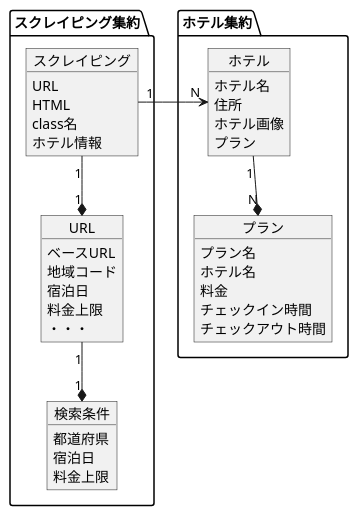
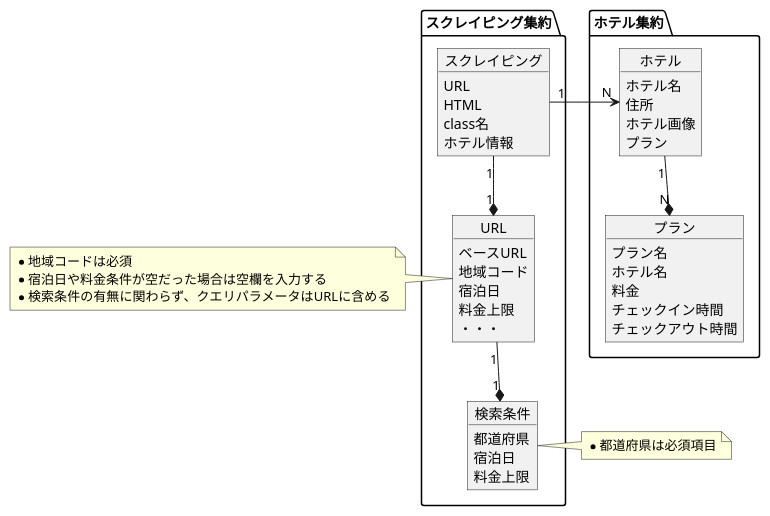
One commit to MoTaroh/late-checkout-scraping changed the diagram in docs/domain_model.pu. Above: the diagram before and after it, drawn with PlantUML.

Commit message:
Noteを追加

```diff
--- a/docs/domain_model.pu
+++ b/docs/domain_model.pu
@@ -1,46 +1,56 @@
 @startuml Scraping
 
 package スクレイピング集約 {
     object スクレイピング {
         URL
         HTML
         class名
         ホテル情報
     }
     object URL {
         ベースURL
         地域コード
         宿泊日
         料金上限
         ・・・
     }
     object 検索条件 {
         都道府県
         宿泊日
         料金上限
     }
 }
+
+note left of URL
+    * 地域コードは必須
+    * 宿泊日や料金条件が空だった場合は空欄を入力する
+    * 検索条件の有無に関わらず、クエリパラメータはURLに含める
+end note
+
+note left of 検索条件
+    * 都道府県は必須項目
+end note
 
 スクレイピング "1" -down-* "1" URL
 URL "1" -down-* "1" 検索条件
 
 package ホテル集約 {
     object ホテル {
         ホテル名
         住所
         ホテル画像
         プラン
     }
     object プラン {
         プラン名
         ホテル名
         料金
         チェックイン時間
         チェックアウト時間
     }
 }
 
 ホテル "1" -down-* "N" プラン
 スクレイピング "1" -right-> "N" ホテル
 
 @enduml
```
